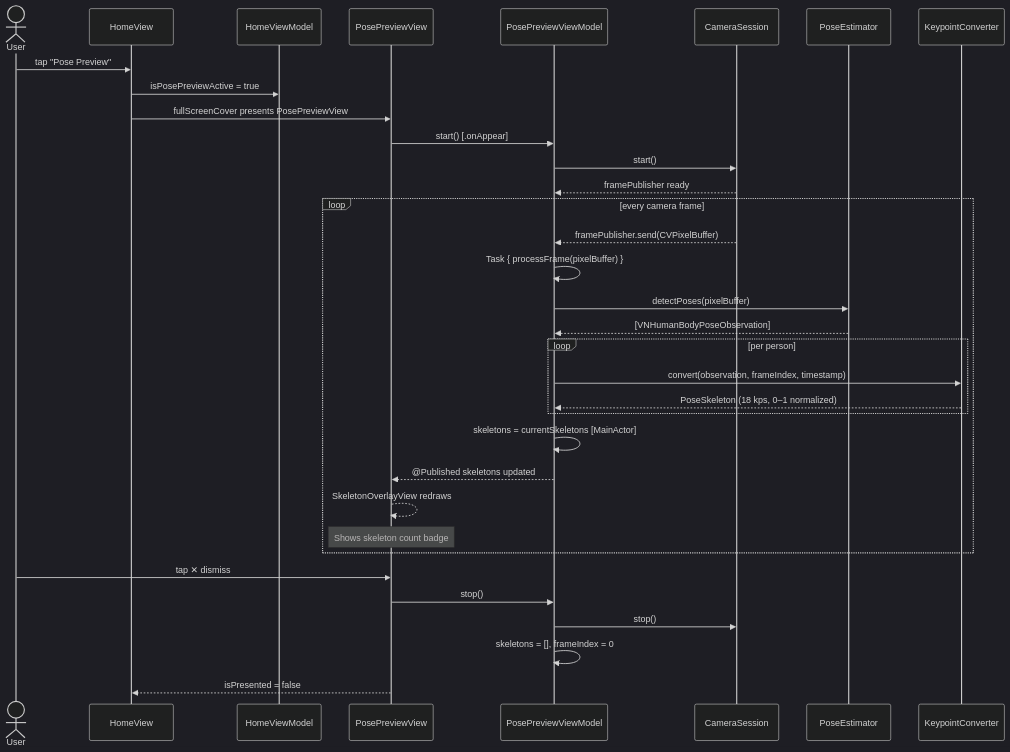
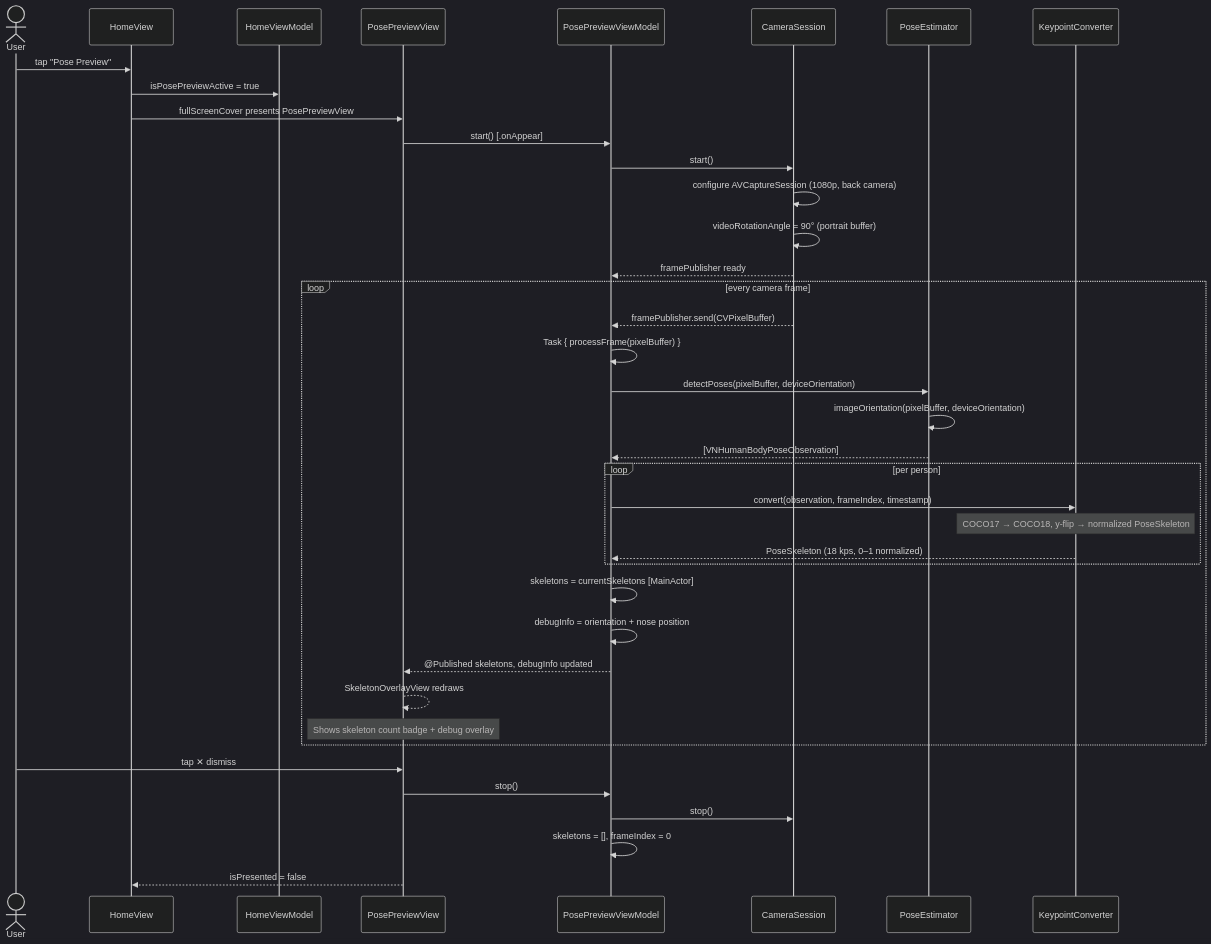
The third of 3 diagrams in ios/uml-sequence-diagram.md (cthadeufaria/computer-vision-shoplifting-detection), drawn with Mermaid (dark theme) before and after one commit. The commit also changed other lines of this file and 7 other files, not shown here.

First line of the commit message:
iOS: Apple Camera-style UI rotation for camera views

````diff
--- a/ios/uml-sequence-diagram.md
+++ b/ios/uml-sequence-diagram.md
@@ -123,42 +134,47 @@
 ```mermaid
 sequenceDiagram
     actor User
     participant HV  as HomeView
     participant HVM as HomeViewModel
     participant PV  as PosePreviewView
     participant PVM as PosePreviewViewModel
     participant CS  as CameraSession
     participant PE  as PoseEstimator
     participant KC  as KeypointConverter
 
     User->>HV: tap "Pose Preview"
     HV->>HVM: isPosePreviewActive = true
     HV->>PV: fullScreenCover presents PosePreviewView
 
     PV->>PVM: start() [.onAppear]
     PVM->>CS: start()
+    CS->>CS: configure AVCaptureSession (1080p, back camera)
+    CS->>CS: videoRotationAngle = 90° (portrait buffer)
     CS-->>PVM: framePublisher ready
 
     loop every camera frame
         CS-->>PVM: framePublisher.send(CVPixelBuffer)
         PVM->>PVM: Task { processFrame(pixelBuffer) }
-        PVM->>PE: detectPoses(pixelBuffer)
+        PVM->>PE: detectPoses(pixelBuffer, deviceOrientation)
+        PE->>PE: imageOrientation(pixelBuffer, deviceOrientation)
         PE-->>PVM: [VNHumanBodyPoseObservation]
 
         loop per person
             PVM->>KC: convert(observation, frameIndex, timestamp)
+            Note over KC: COCO17 → COCO18, y-flip → normalized PoseSkeleton
             KC-->>PVM: PoseSkeleton (18 kps, 0–1 normalized)
         end
 
         PVM->>PVM: skeletons = currentSkeletons [MainActor]
-        PVM-->>PV: @Published skeletons updated
+        PVM->>PVM: debugInfo = orientation + nose position
+        PVM-->>PV: @Published skeletons, debugInfo updated
         PV-->>PV: SkeletonOverlayView redraws
-        Note over PV: Shows skeleton count badge
+        Note over PV: Shows skeleton count badge + debug overlay
     end
 
     User->>PV: tap ✕ dismiss
     PV->>PVM: stop()
     PVM->>CS: stop()
     PVM->>PVM: skeletons = [], frameIndex = 0
     PV-->>HV: isPresented = false
 ```
````
